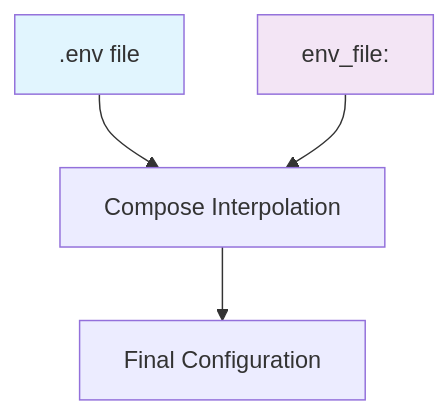
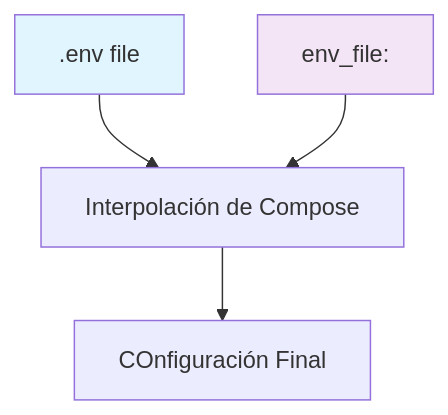
One commit to map0logo/curso-docker-k8s changed the eighth of 26 diagrams in slides/04-docker-compose.qmd. Above: the diagram before and after it, drawn with Mermaid. The commit also changed other lines of this file, not shown here.

````diff
--- a/slides/04-docker-compose.qmd
+++ b/slides/04-docker-compose.qmd
@@ -377,9 +376,9 @@
 ```{mermaid}
 graph TB
-    A[.env file] --> B[Compose Interpolation]
-    C[env_file:] --> B
-    B --> D[Final Configuration]
-    
-    style A fill:#e1f5fe
-    style C fill:#f3e5f5
+  A[".env file"] --> B[Interpolación de Compose]
+  C["env_file:"] --> B
+  B --> D[COnfiguración Final]
+  
+  style A fill:#e1f5fe
+  style C fill:#f3e5f5
 ```
````
